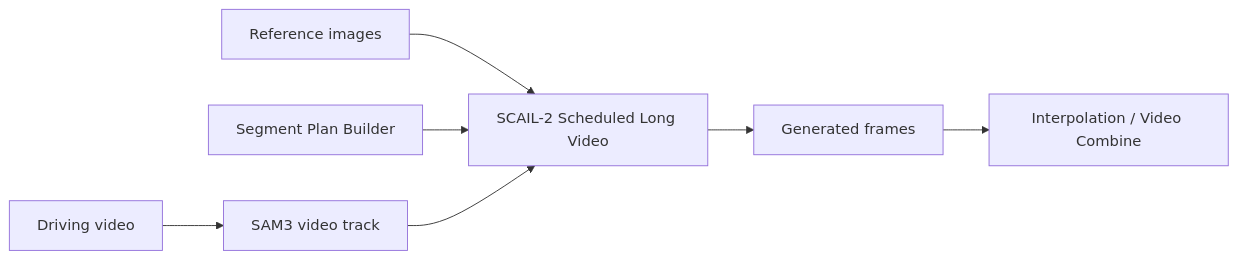
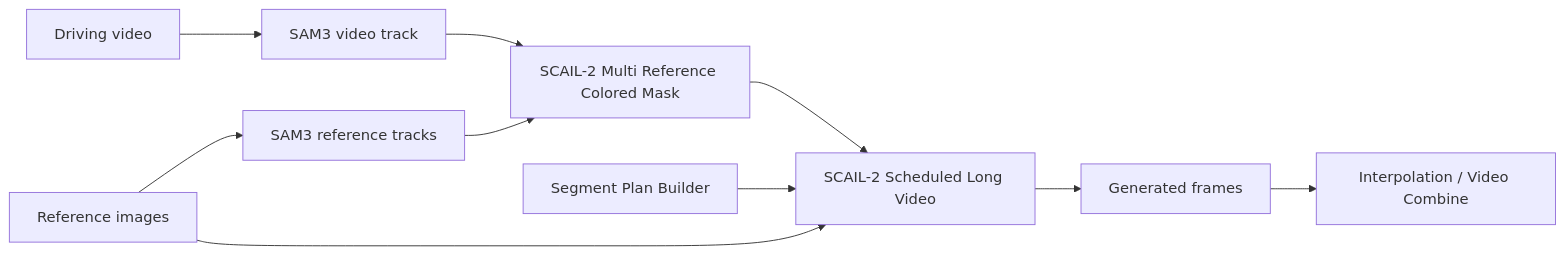
Before and after one commit to TTPlanetPig/comfyui_scail2_multi_cond: the first of 2 diagrams in README.md, drawn with Mermaid. The commit also changed other lines of this file and 4 other files, not shown here.

Commit message:
Use external SCAIL2 mask inputs

````diff
--- a/README.md
+++ b/README.md
@@ -44,9 +79,12 @@
 ```mermaid
 flowchart LR
     A[Driving video] --> B[SAM3 video track]
-    C[Reference images] --> D[SCAIL-2 Scheduled Long Video]
+    C[Reference images] --> R[SAM3 reference tracks]
+    B --> M[SCAIL-2 Multi Reference Colored Mask]
+    R --> M
+    C --> D[SCAIL-2 Scheduled Long Video]
+    M --> D
     E[Segment Plan Builder] --> D
-    B --> D
     D --> F[Generated frames]
     F --> G[Interpolation / Video Combine]
 ```
````
